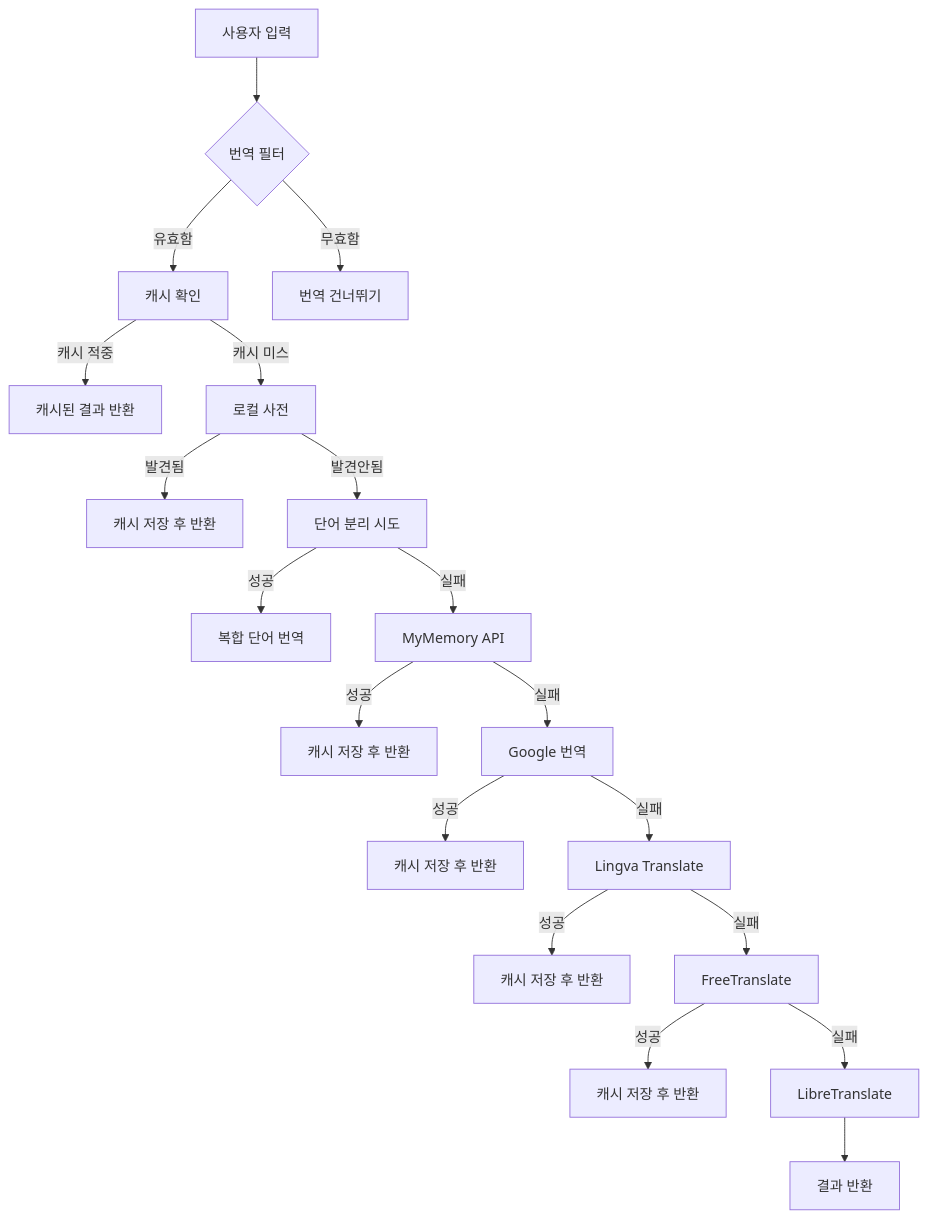
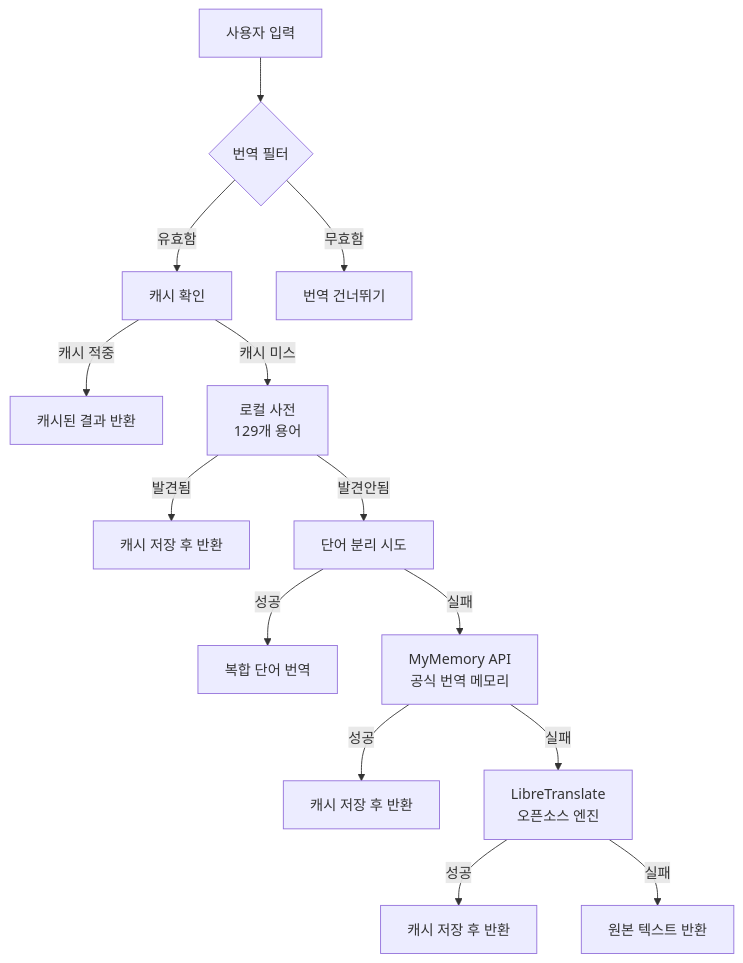
The diagram in README.md (Higangssh/korean-translator), drawn with Mermaid before and after one commit. The commit also changed other lines of this file and 11 other files, not shown here.

````diff
--- a/README.md
+++ b/README.md
@@ -26,21 +26,16 @@
 ```mermaid
 graph TD
     A[사용자 입력] --> B{번역 필터}
     B -->|유효함| C[캐시 확인]
     B -->|무효함| D[번역 건너뛰기]
     C -->|캐시 적중| E[캐시된 결과 반환]
-    C -->|캐시 미스| F[로컬 사전]
+    C -->|캐시 미스| F[로컬 사전<br/>129개 용어]
     F -->|발견됨| G[캐시 저장 후 반환]
     F -->|발견안됨| H[단어 분리 시도]
     H -->|성공| I[복합 단어 번역]
-    H -->|실패| J[MyMemory API]
+    H -->|실패| J[MyMemory API<br/>공식 번역 메모리]
     J -->|성공| K[캐시 저장 후 반환]
-    J -->|실패| L[Google 번역]
+    J -->|실패| L[LibreTranslate<br/>오픈소스 엔진]
     L -->|성공| M[캐시 저장 후 반환]
-    L -->|실패| N[Lingva Translate]
-    N -->|성공| O[캐시 저장 후 반환]
-    N -->|실패| P[FreeTranslate]
-    P -->|성공| Q[캐시 저장 후 반환]
-    P -->|실패| R[LibreTranslate]
-    R --> S[결과 반환]
+    L -->|실패| N[원본 텍스트 반환]
 ```
````
